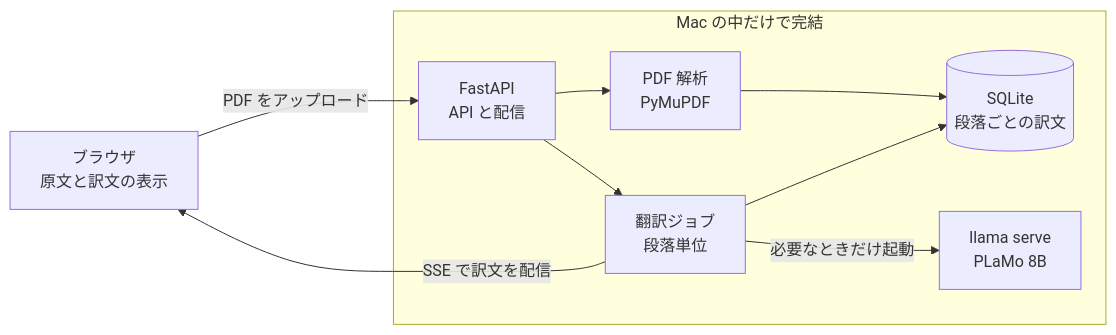
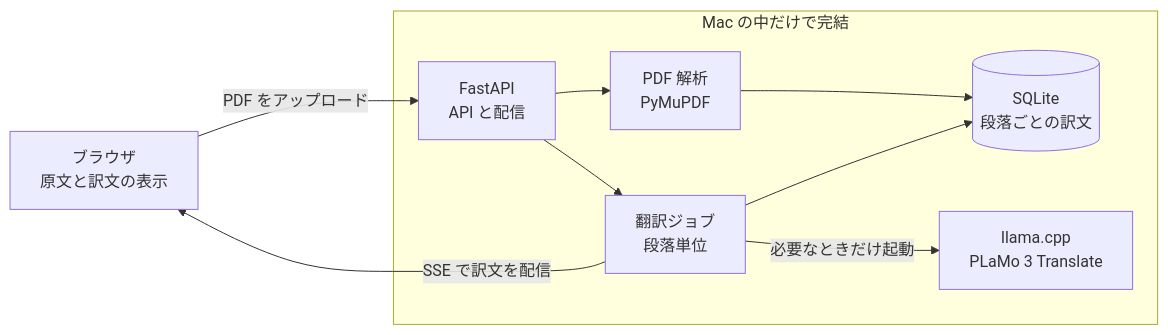
The diagram in README.md (zerozero-0-0/paper-translater), drawn with Mermaid before and after one commit. The commit also changed other lines of this file and 7 other files, not shown here.

````diff
--- a/README.md
+++ b/README.md
@@ -28,17 +58,17 @@
 ```mermaid
 flowchart LR
     Browser["ブラウザ<br>原文と訳文の表示"]
     subgraph Mac["Mac の中だけで完結"]
         API["FastAPI<br>API と配信"]
         PDF["PDF 解析<br>PyMuPDF"]
         Worker["翻訳ジョブ<br>段落単位"]
         DB[("SQLite<br>段落ごとの訳文")]
-        LLM["llama serve<br>PLaMo 8B"]
+        LLM["llama.cpp<br>PLaMo 3 Translate"]
     end
     Browser -- "PDF をアップロード" --> API
     API --> PDF --> DB
     API --> Worker
     Worker -- "必要なときだけ起動" --> LLM
     Worker --> DB
     Worker -- "SSE で訳文を配信" --> Browser
 ```
````
